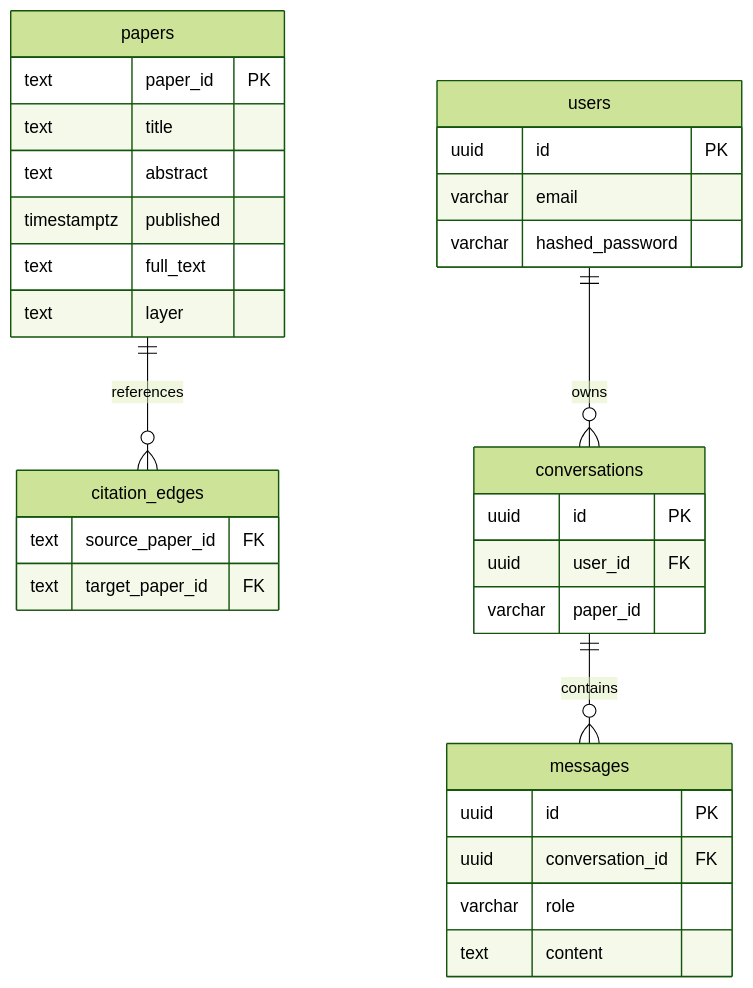
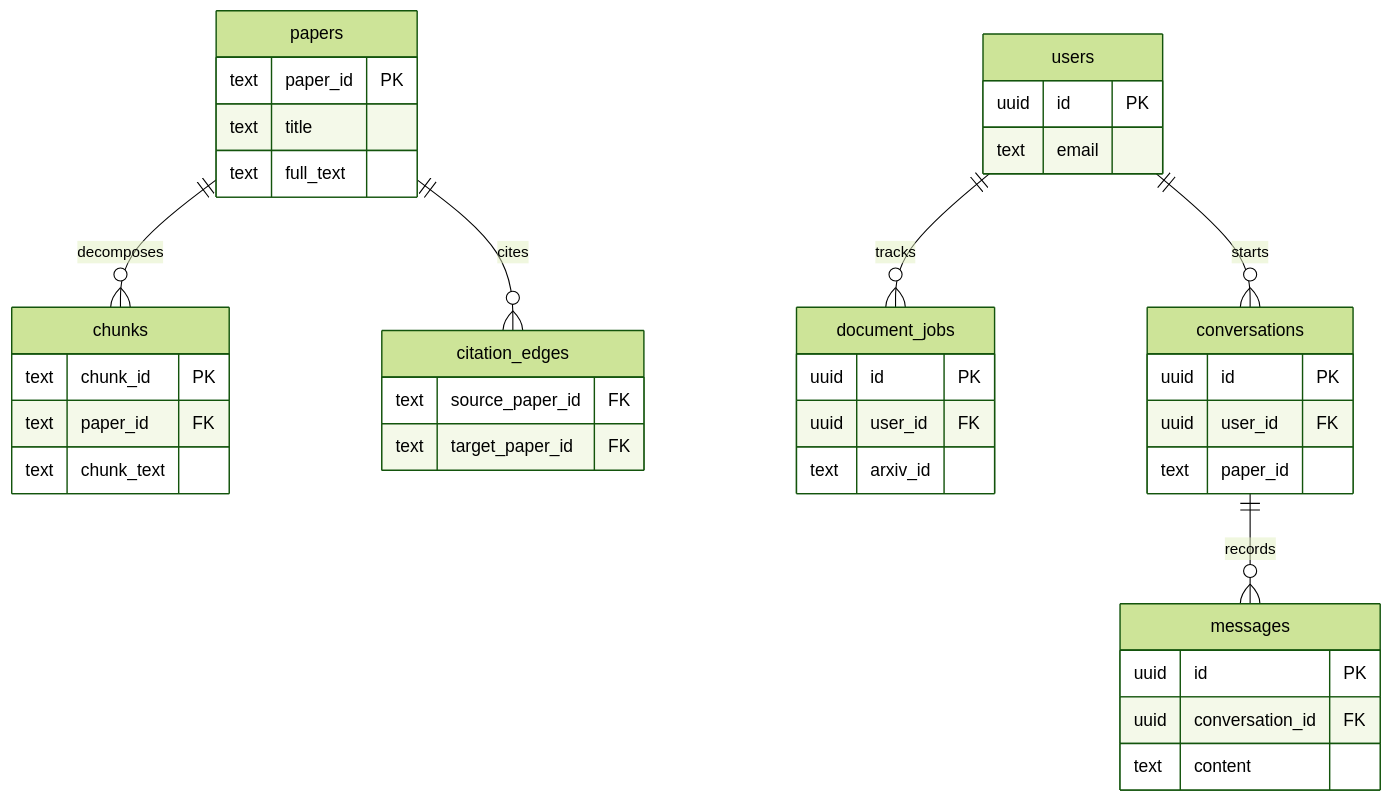
Before and after one commit to HimasagarU/Arxiv-RAG-Assistant: the seventh of 7 diagrams in ARCHITECTURE.md, drawn with Mermaid (forest theme). The commit also changed other lines of this file and 17 other files, not shown here.

Commit message:
feat: finalize scientific RAG pipeline, enhance architectural documentation, and add internal flowcharts

````diff
--- a/ARCHITECTURE.md
+++ b/ARCHITECTURE.md
@@ -180,34 +157,42 @@
 ```mermaid
 erDiagram
     papers {
         text paper_id PK
         text title
-        text abstract
-        timestamptz published
         text full_text
-        text layer
+    }
+    chunks {
+        text chunk_id PK
+        text paper_id FK
+        text chunk_text
     }
     citation_edges {
         text source_paper_id FK
         text target_paper_id FK
     }
     users {
         uuid id PK
-        varchar email
-        varchar hashed_password
+        text email
+    }
+    document_jobs {
+        uuid id PK
+        uuid user_id FK
+        text arxiv_id
     }
     conversations {
         uuid id PK
         uuid user_id FK
-        varchar paper_id
+        text paper_id
     }
     messages {
         uuid id PK
         uuid conversation_id FK
-        varchar role
         text content
     }
-    papers ||--o{ citation_edges : "references"
-    users ||--o{ conversations : "owns"
-    conversations ||--o{ messages : "contains"
+
+    papers ||--o{ chunks : decomposes
+    papers ||--o{ citation_edges : cites
+    users ||--o{ document_jobs : tracks
+    users ||--o{ conversations : starts
+    conversations ||--o{ messages : records
 ```
````
